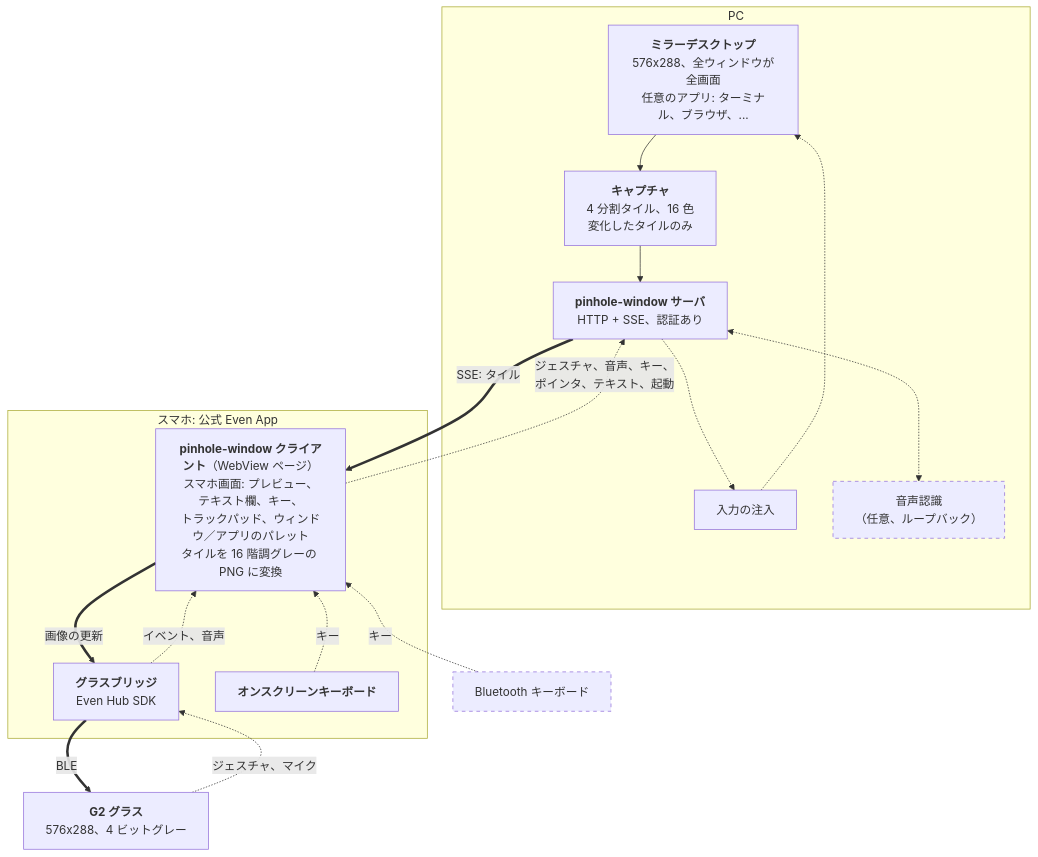
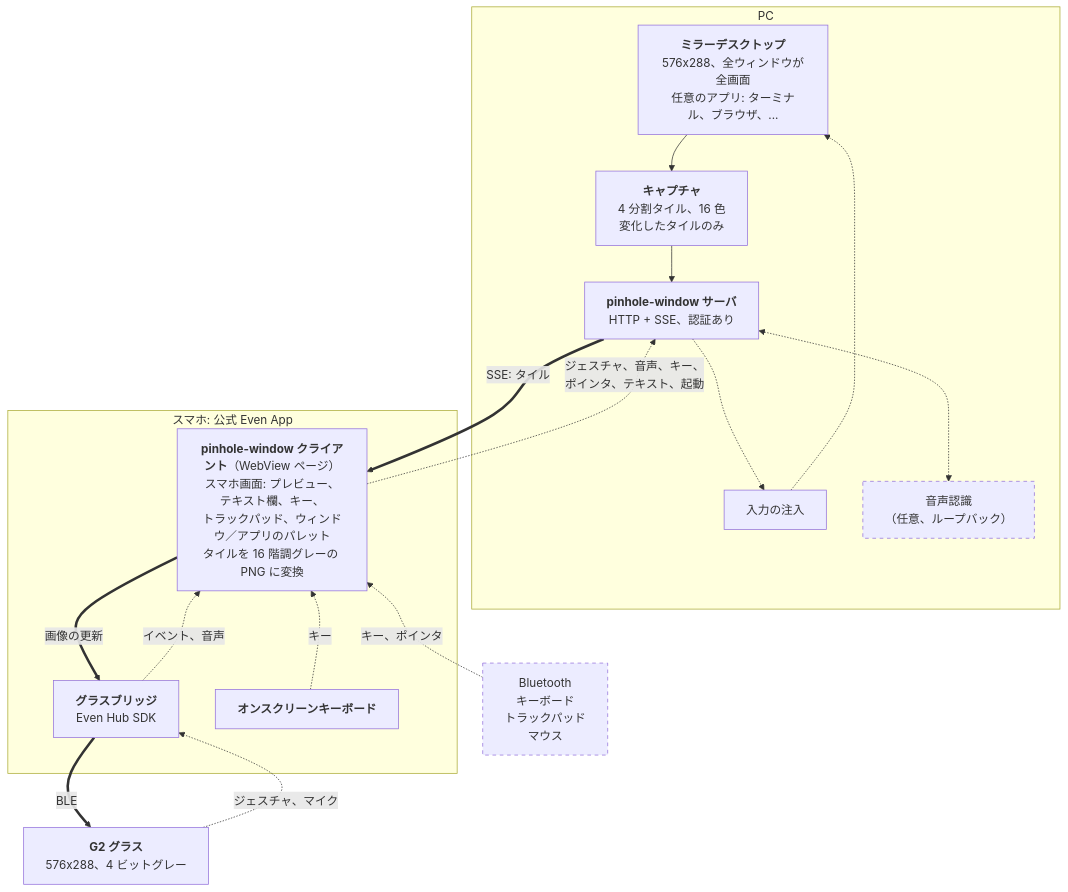
One commit to sunasaji/even-window changed the diagram in README.ja.md. Above: the diagram before and after it, drawn with Mermaid. The commit also changed 1 other file, not shown here.

Commit message:
docs: show the trackpad and mouse in the README diagram
The diagram named only a Bluetooth keyboard, although a trackpad or
mouse paired with the phone also drives the desktop. The glasses have
little input of their own, so the diagram should show what can be added.

````diff
--- a/README.ja.md
+++ b/README.ja.md
@@ -34,33 +34,33 @@
 ```mermaid
 flowchart TB
   subgraph PC["PC"]
     X["<b>ミラーデスクトップ</b><br/>576x288、全ウィンドウが全画面<br/>任意のアプリ: ターミナル、ブラウザ、..."]
     CAP["<b>キャプチャ</b><br/>4 分割タイル、16 色<br/>変化したタイルのみ"]
     SRV["<b>pinhole-window サーバ</b><br/>HTTP + SSE、認証あり"]
     INJ["入力の注入"]
     STT["音声認識<br/>（任意、ループバック）"]
     X --> CAP --> SRV
     SRV -.-> INJ -.-> X
     SRV <-.-> STT
   end
   subgraph PHONE["スマホ: 公式 Even App"]
     CL["<b>pinhole-window クライアント</b>（WebView ページ）<br/>スマホ画面: プレビュー、テキスト欄、キー、<br/>トラックパッド、ウィンドウ／アプリのパレット<br/>タイルを 16 階調グレーの PNG に変換"]
     BR["<b>グラスブリッジ</b><br/>Even Hub SDK"]
     SK["<b>オンスクリーンキーボード</b>"]
   end
   G2["<b>G2 グラス</b><br/>576x288、4 ビットグレー"]
-  KB["Bluetooth キーボード"]
+  KB["Bluetooth<br/>キーボード<br/>トラックパッド<br/>マウス"]
   style KB stroke-dasharray: 5 5
   style STT stroke-dasharray: 5 5
 
   SRV == "SSE: タイル" ==> CL
   CL == "画像の更新" ==> BR
   BR == "BLE" ==> G2
   G2 -. "ジェスチャ、マイク" .-> BR
   BR -. "イベント、音声" .-> CL
   CL ~~~ SK
   SK -. "キー" .-> CL
   CL ~~~ KB
-  KB -. "キー" .-> CL
+  KB -. "キー、ポインタ" .-> CL
   CL -. "ジェスチャ、音声、キー、<br/>ポインタ、テキスト、起動" .-> SRV
 ```
````
